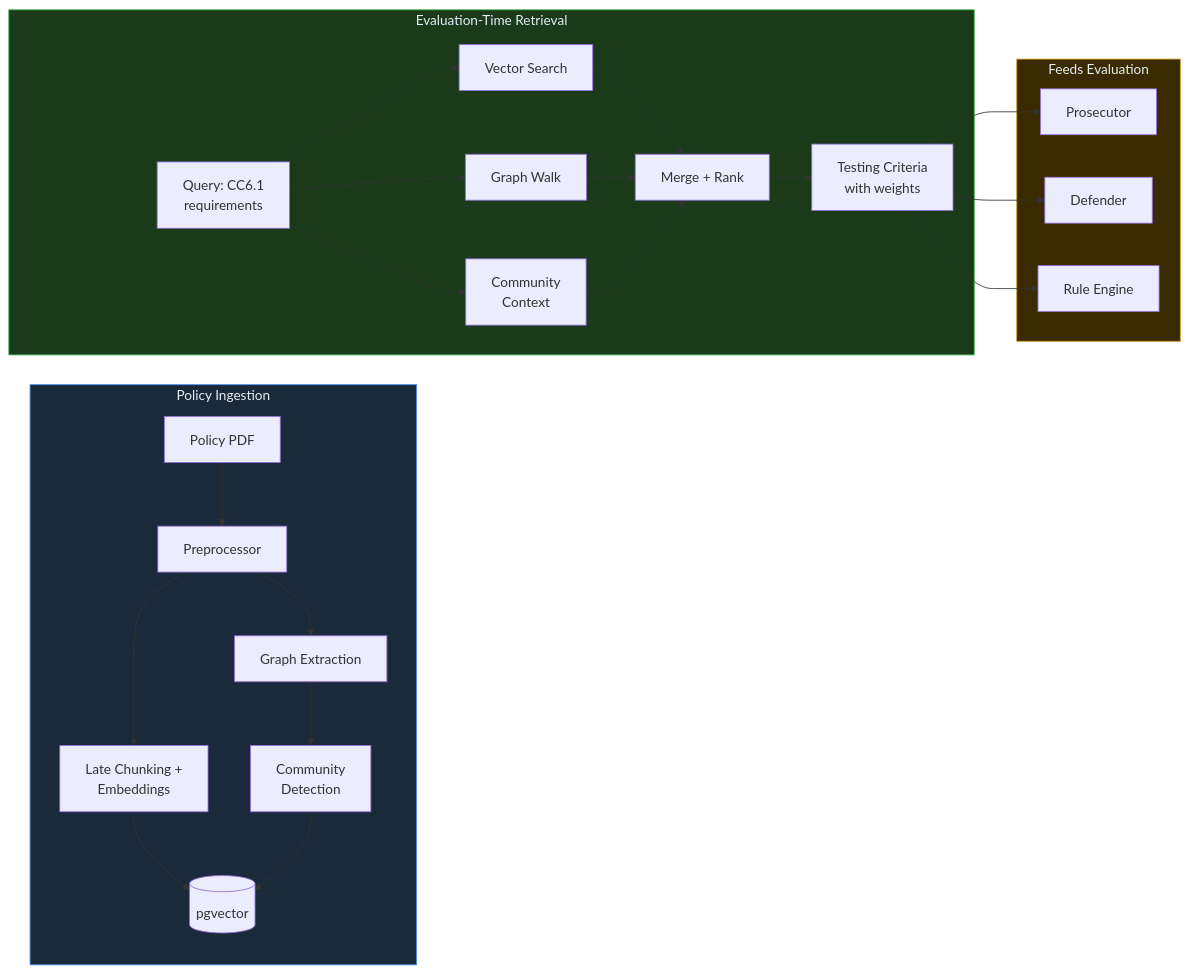
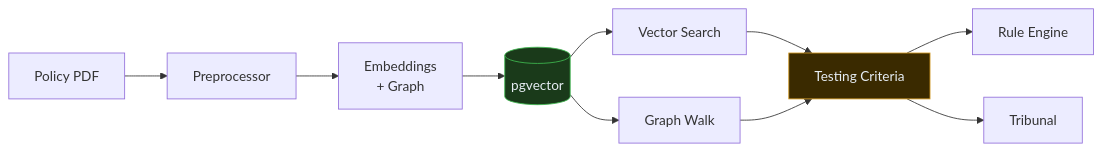
The fourth of 6 diagrams in diagrams/slide-diagrams.md (indukuk/onpremai), drawn with Mermaid before and after one commit. The commit also changed other lines of this file, not shown here.

Commit message:
Compress diagrams 4 and 5 to fit single slides

````diff
--- a/diagrams/slide-diagrams.md
+++ b/diagrams/slide-diagrams.md
@@ -126,30 +126,17 @@
 ```mermaid
 flowchart LR
-    subgraph Ingestion["Policy Ingestion"]
-        PDF["Policy PDF"] --> PP["Preprocessor"]
-        PP --> CHUNK["Late Chunking +\nEmbeddings"]
-        PP --> GRAPH["Graph Extraction"]
-        CHUNK --> STORE[("pgvector")]
-        GRAPH --> LEIDEN["Community\nDetection"] --> STORE
-    end
+    PDF["Policy PDF"] --> PP["Preprocessor"]
+    PP --> EMB["Embeddings\n+ Graph"] --> PG[("pgvector")]
 
-    subgraph Retrieval["Evaluation-Time Retrieval"]
-        QUERY["Query: CC6.1\nrequirements"] --> VEC["Vector Search"]
-        QUERY --> GW["Graph Walk"]
-        QUERY --> COM["Community\nContext"]
-        VEC --> MERGE["Merge + Rank"]
-        GW --> MERGE
-        COM --> MERGE
-        MERGE --> CRITERIA["Testing Criteria\nwith weights"]
-    end
+    PG --> VS["Vector Search"]
+    PG --> GW["Graph Walk"]
 
-    subgraph Eval["Feeds Evaluation"]
-        CRITERIA --> PROS2["Prosecutor"]
-        CRITERIA --> DEF2["Defender"]
-        CRITERIA --> RULES2["Rule Engine"]
-    end
+    VS --> TC["Testing Criteria"]
+    GW --> TC
 
-    style Ingestion fill:#1a2a3a,stroke:#4f8ff7,color:#e6edf3
-    style Retrieval fill:#1a3a1a,stroke:#3fb950,color:#e6edf3
-    style Eval fill:#3a2a00,stroke:#d29922,color:#e6edf3
+    TC --> RULES["Rule Engine"]
+    TC --> TRIB["Tribunal"]
+
+    style PG fill:#1a3a1a,stroke:#3fb950,color:#e6edf3
+    style TC fill:#3a2a00,stroke:#d29922,color:#e6edf3
 ```
````
